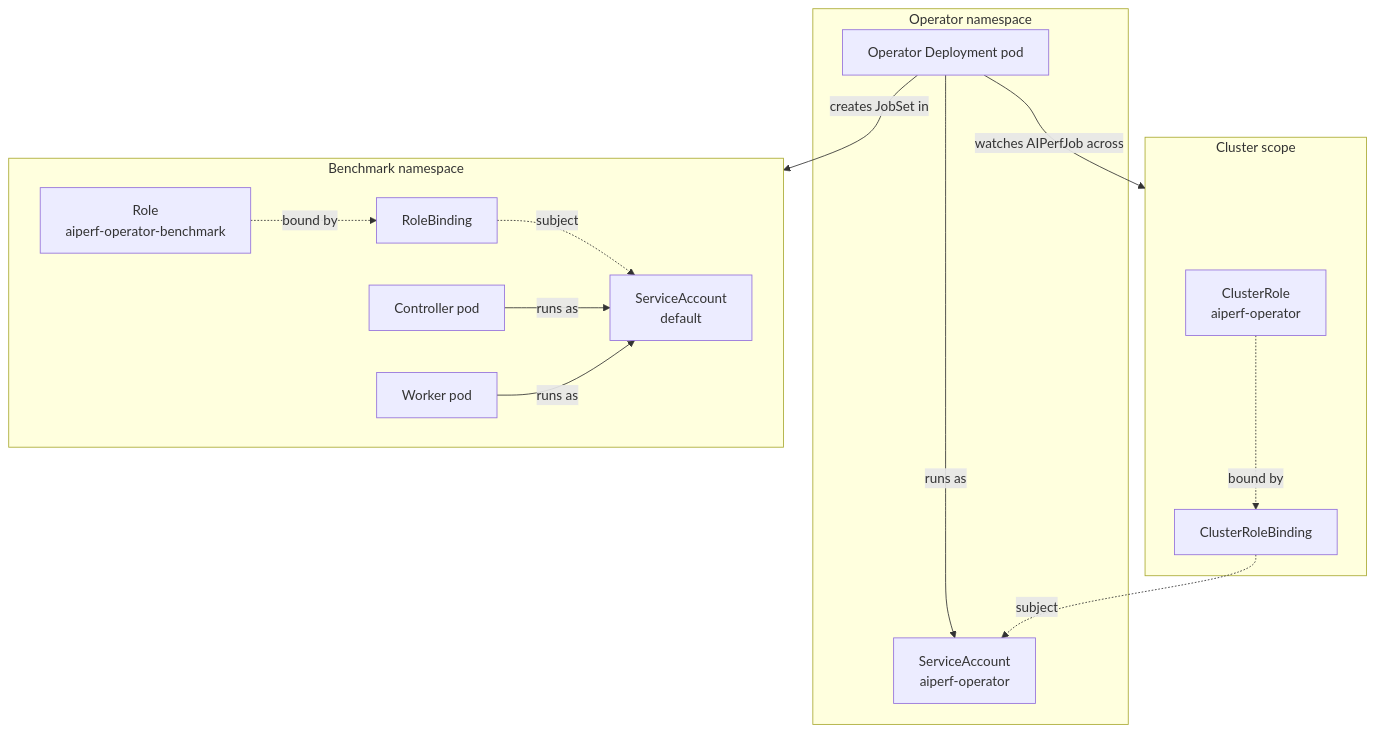
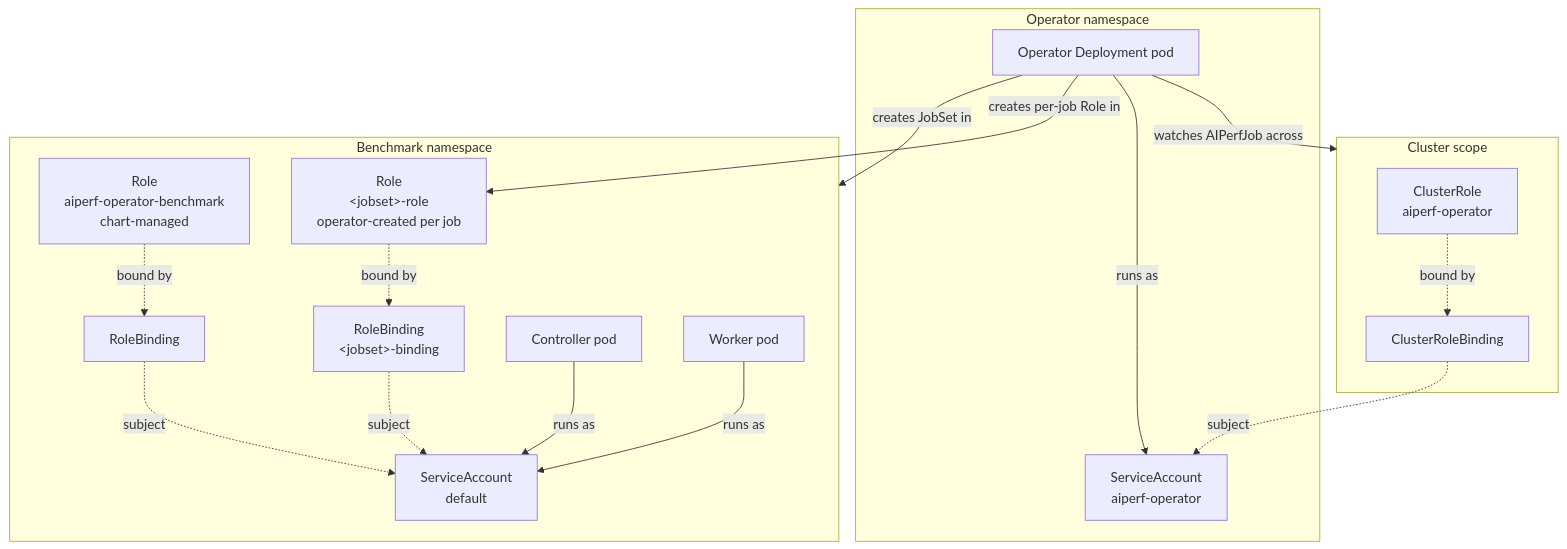
Before and after one commit to ai-dynamo/aiperf: the diagram in docs/kubernetes/rbac-security.md, drawn with Mermaid. The commit also changed other lines of this file and 44 other files, not shown here.

````diff
--- a/docs/kubernetes/rbac-security.md
+++ b/docs/kubernetes/rbac-security.md
@@ -26,30 +29,35 @@
 ```mermaid
 flowchart TB
     subgraph ClusterScope[Cluster scope]
         CR[ClusterRole<br/>aiperf-operator]
         CRB[ClusterRoleBinding]
         CR -.bound by.-> CRB
     end
 
     subgraph OperatorNS[Operator namespace]
         OperSA[ServiceAccount<br/>aiperf-operator]
         OperPod[Operator Deployment pod]
         OperPod -->|runs as| OperSA
     end
 
     subgraph BenchNS[Benchmark namespace]
-        BRole[Role<br/>aiperf-operator-benchmark]
+        BRole[Role<br/>aiperf-operator-benchmark<br/>chart-managed]
+        JRole[Role<br/>&lt;jobset&gt;-role<br/>operator-created per job]
         BRB[RoleBinding]
+        JRB[RoleBinding<br/>&lt;jobset&gt;-binding]
         DefSA[ServiceAccount<br/>default]
         CtlPod[Controller pod]
         WkPod[Worker pod]
         BRole -.bound by.-> BRB
+        JRole -.bound by.-> JRB
         BRB -.subject.-> DefSA
+        JRB -.subject.-> DefSA
         CtlPod -->|runs as| DefSA
         WkPod -->|runs as| DefSA
     end
 
     CRB -.subject.-> OperSA
     OperPod -->|creates JobSet in| BenchNS
+    OperPod -->|creates per-job Role in| JRole
     OperPod -->|watches AIPerfJob across| ClusterScope
 ```
````
